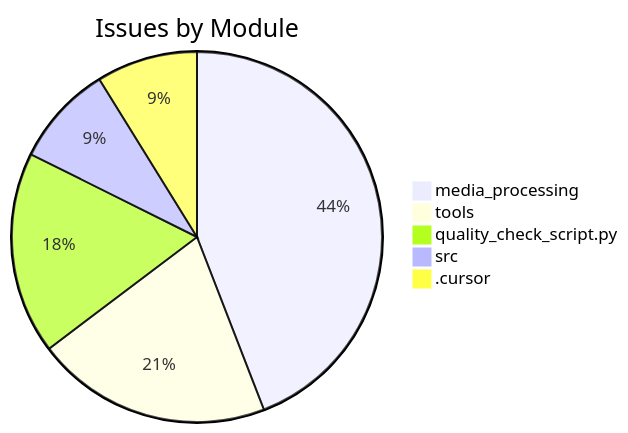
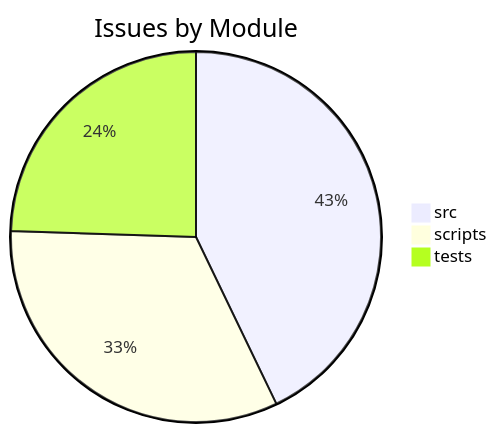
The second of 2 diagrams in docs/assessments/completist/COMPLETIST_LATEST.md (D-sorganization/Tools), drawn with Mermaid before and after one commit. The commit also changed other lines of this file and 23 other files, not shown here.

````diff
--- a/docs/assessments/completist/COMPLETIST_LATEST.md
+++ b/docs/assessments/completist/COMPLETIST_LATEST.md
@@ -20,8 +20,6 @@
 ```mermaid
 pie title Issues by Module
-    "media_processing" : 15
-    "tools" : 7
-    "quality_check_script.py" : 6
-    "src" : 3
-    ".cursor" : 3
+    "src" : 21
+    "scripts" : 16
+    "tests" : 12
 ```
````
